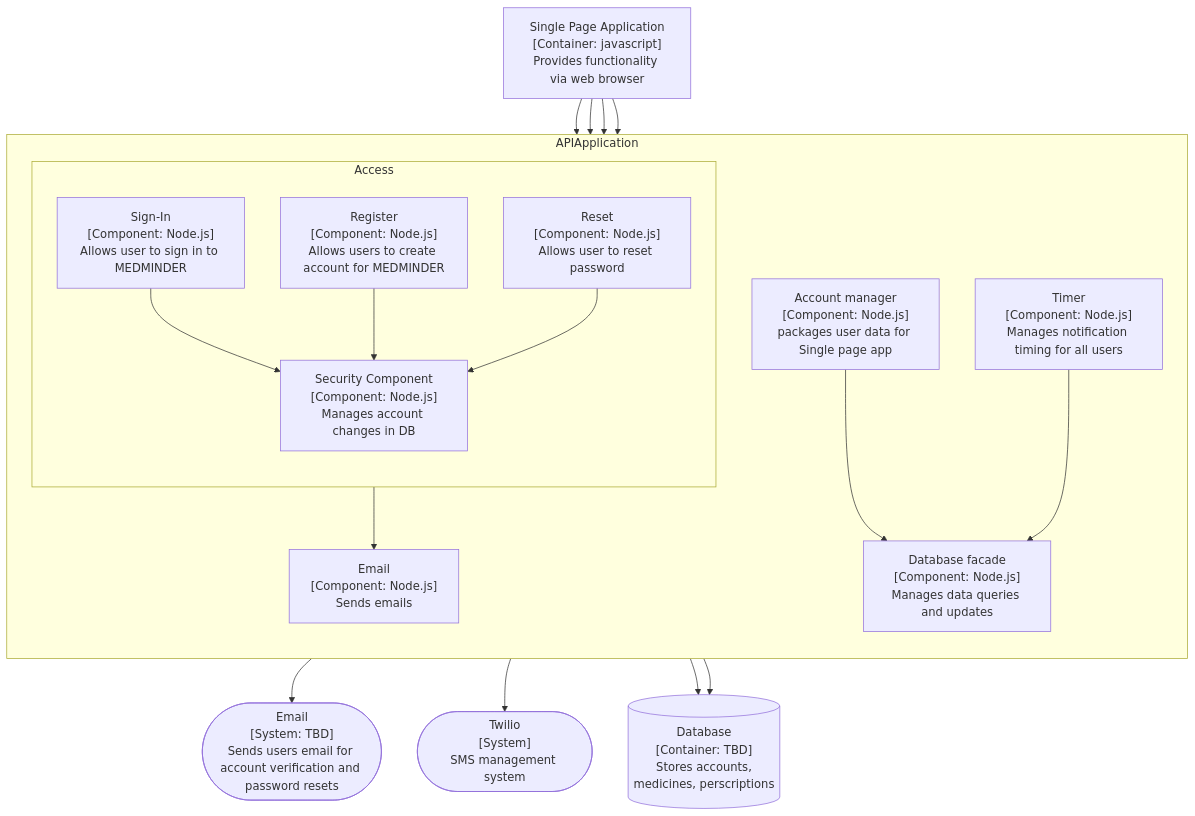
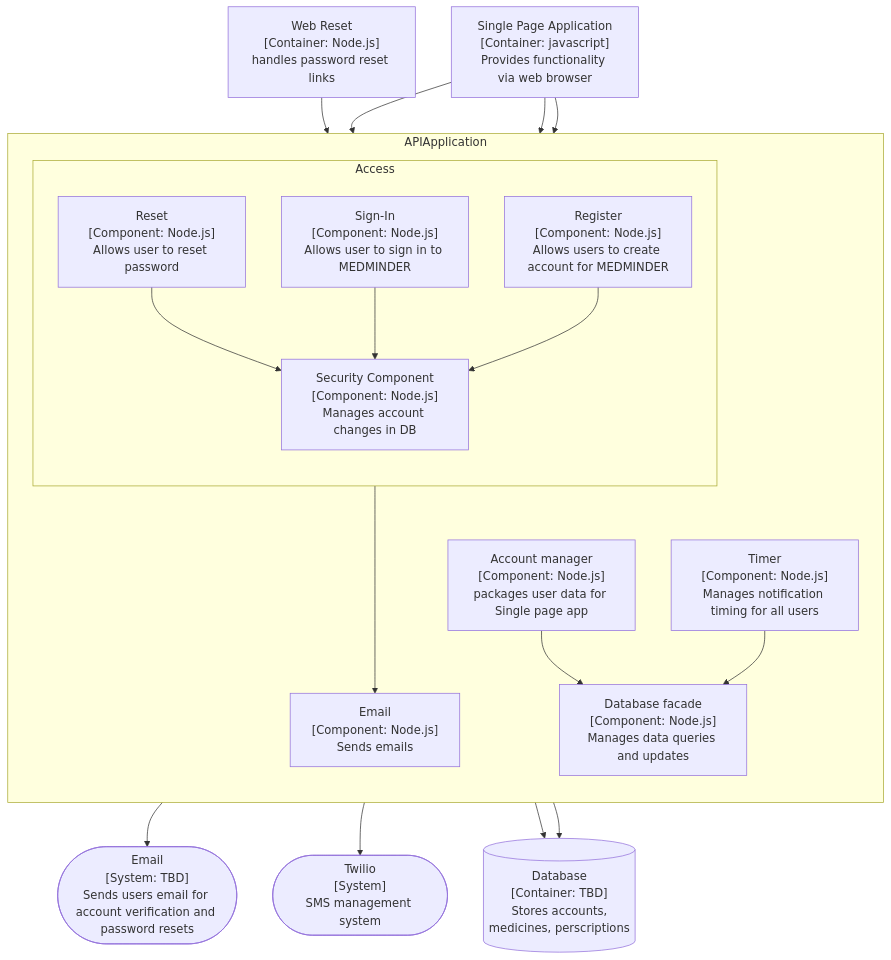
Before and after one commit to nop0x0f/COSC412_team1: the fifth of 7 diagrams in design/C4diagrams.md, drawn with Mermaid.

Commit message:
added email to api

````diff
--- a/design/C4diagrams.md
+++ b/design/C4diagrams.md
@@ -68,35 +68,36 @@
 ```mermaid
 flowchart TB
+reset["Web Reset<br/>[Container: Node.js]<br/>handles password reset links"]
 Email(["Email<br/>[System: TBD]<br/>Sends users email for account verification and password resets"])
 Twilio(["Twilio<br/>[System]<br/>SMS management system"])
 single["Single Page Application<br/>[Container: javascript]<br/>Provides functionality via web browser"]
 db[("Database<br/>[Container: TBD]<br/>Stores accounts,<br/>medicines, perscriptions")]
   subgraph APIApplication
 	direction TB
 	Time["Timer<br/>[Component: Node.js]<br/>Manages notification timing for all users"]
 	Account["Account manager<br/>[Component: Node.js]<br/>packages user data for Single page app"]
 	Dbfacade["Database facade<br/>[Component: Node.js]<br/>Manages data queries and updates"]
 	subgraph Access
 		direction TB
 		Signin["Sign-In<br/>[Component: Node.js]<br/>Allows user to sign in to MEDMINDER"]
 		Signup["Register<br/>[Component: Node.js]<br/>Allows users to create account for MEDMINDER"]
 		Reset["Reset<br/>[Component: Node.js]<br/>Allows user to reset password"]
 		Security["Security Component<br/>[Component: Node.js]<br/>Manages account changes in DB"]
+		Reset --> Security
 		Signin --> Security
 		Signup --> Security
-		Reset --> Security
 	end
 	mail["Email<br/>[Component: Node.js]<br/>Sends emails"]
-	Reset --> mail
+	Reset ---> mail
 	Account --> Dbfacade
   end
 mail --> Email
 Time --> Twilio
 Time --> Dbfacade
 Security --> db
 Dbfacade --> db
 single --> Signin
-single --> Reset
+reset --> Reset
 single --> Signup
 single --> Account
 ```
````
